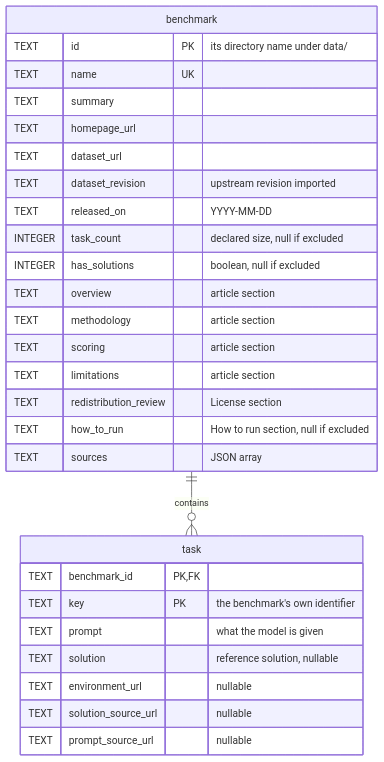
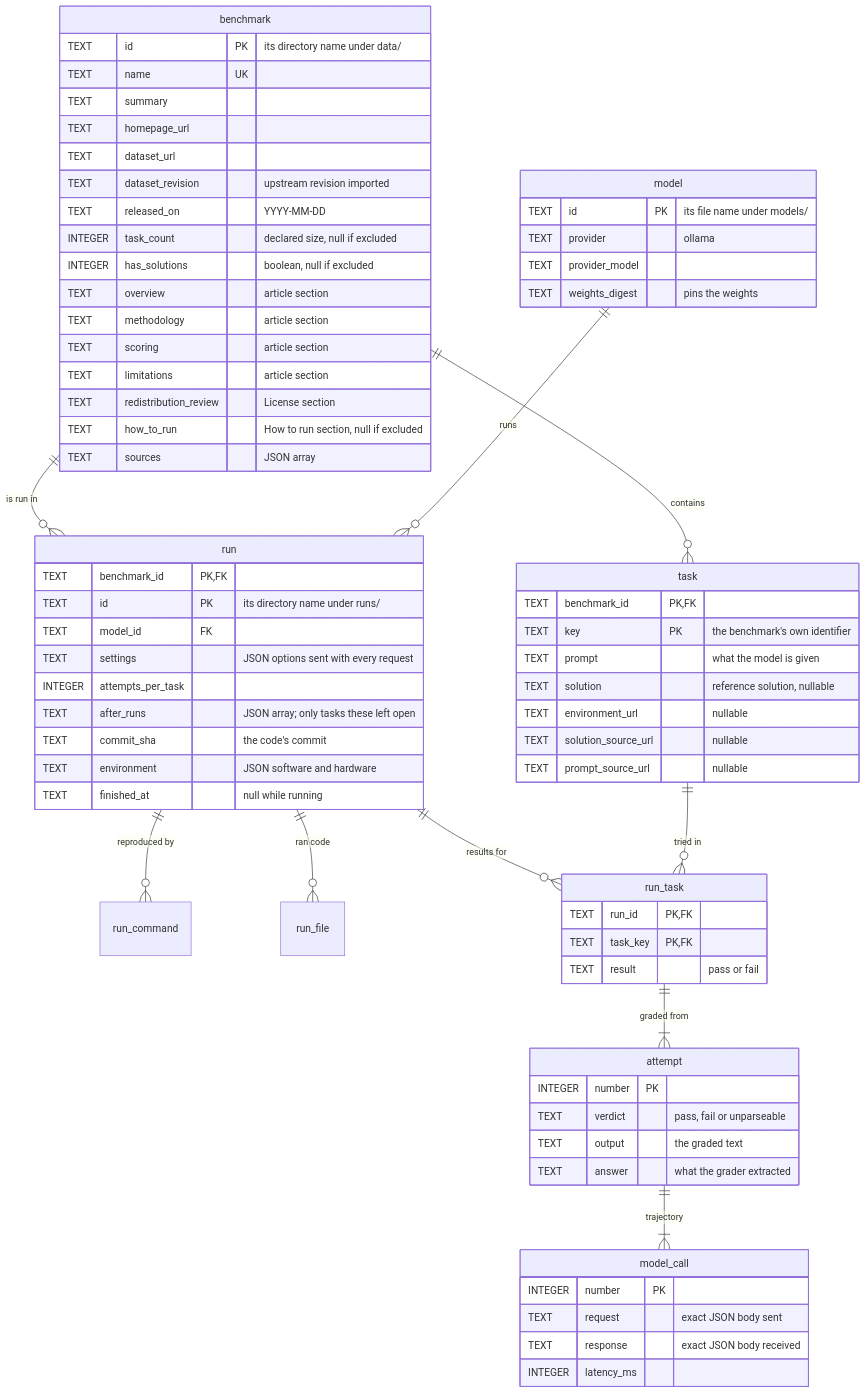
The diagram in README.md (khooeee/benchopedia), drawn with Mermaid before and after one commit. The commit also changed other lines of this file and 7 other files, not shown here.

First line of the commit message:
Show runs on the site so every task's pass or fail can be traced to the exact commands, code and trajectory behind it.

````diff
--- a/README.md
+++ b/README.md
@@ -25,32 +38,74 @@
 ```mermaid
 erDiagram
     benchmark ||--o{ task : contains
+    benchmark ||--o{ run : "is run in"
+    model ||--o{ run : runs
+    run ||--o{ run_command : "reproduced by"
+    run ||--o{ run_file : "ran code"
+    run ||--o{ run_task : "results for"
+    task ||--o{ run_task : "tried in"
+    run_task ||--|{ attempt : "graded from"
+    attempt ||--|{ model_call : trajectory
 
     benchmark {
         TEXT id PK "its directory name under data/"
         TEXT name UK
         TEXT summary
         TEXT homepage_url
         TEXT dataset_url
         TEXT dataset_revision "upstream revision imported"
         TEXT released_on "YYYY-MM-DD"
         INTEGER task_count "declared size, null if excluded"
         INTEGER has_solutions "boolean, null if excluded"
         TEXT overview "article section"
         TEXT methodology "article section"
         TEXT scoring "article section"
         TEXT limitations "article section"
         TEXT redistribution_review "License section"
         TEXT how_to_run "How to run section, null if excluded"
         TEXT sources "JSON array"
     }
     task {
         TEXT benchmark_id PK, FK
         TEXT key PK "the benchmark's own identifier"
         TEXT prompt "what the model is given"
         TEXT solution "reference solution, nullable"
         TEXT environment_url "nullable"
         TEXT solution_source_url "nullable"
         TEXT prompt_source_url "nullable"
     }
+    model {
+        TEXT id PK "its file name under models/"
+        TEXT provider "ollama"
+        TEXT provider_model
+        TEXT weights_digest "pins the weights"
+    }
+    run {
+        TEXT benchmark_id PK, FK
+        TEXT id PK "its directory name under runs/"
+        TEXT model_id FK
+        TEXT settings "JSON options sent with every request"
+        INTEGER attempts_per_task
+        TEXT after_runs "JSON array; only tasks these left open"
+        TEXT commit_sha "the code's commit"
+        TEXT environment "JSON software and hardware"
+        TEXT finished_at "null while running"
+    }
+    run_task {
+        TEXT run_id PK, FK
+        TEXT task_key PK, FK
+        TEXT result "pass or fail"
+    }
+    attempt {
+        INTEGER number PK
+        TEXT verdict "pass, fail or unparseable"
+        TEXT output "the graded text"
+        TEXT answer "what the grader extracted"
+    }
+    model_call {
+        INTEGER number PK
+        TEXT request "exact JSON body sent"
+        TEXT response "exact JSON body received"
+        INTEGER latency_ms
+    }
 ```
````
